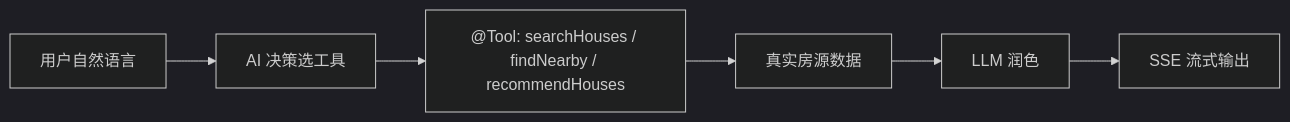
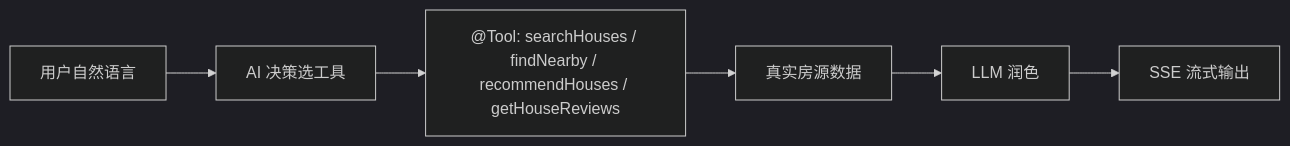
The first of 2 diagrams in README.md (kamten7/Nest_Backend), drawn with Mermaid (dark theme) before and after one commit. The commit also changed other lines of this file and 74 other files, not shown here.

````diff
--- a/README.md
+++ b/README.md
@@ -161,8 +205,8 @@
 ```mermaid
 flowchart LR
     A[用户自然语言] --> B[AI 决策选工具]
-    B --> C["@Tool: searchHouses / findNearby / recommendHouses"]
+    B --> C["@Tool: searchHouses / findNearby / recommendHouses / getHouseReviews"]
     C --> D[真实房源数据]
     D --> E[LLM 润色]
     E --> F[SSE 流式输出]
 ```
````
